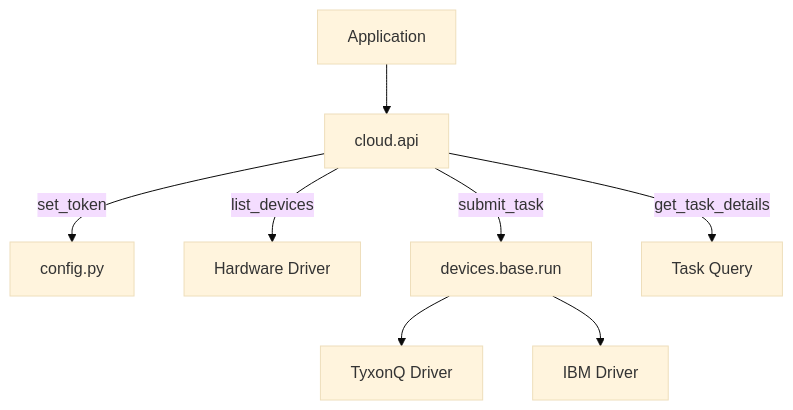
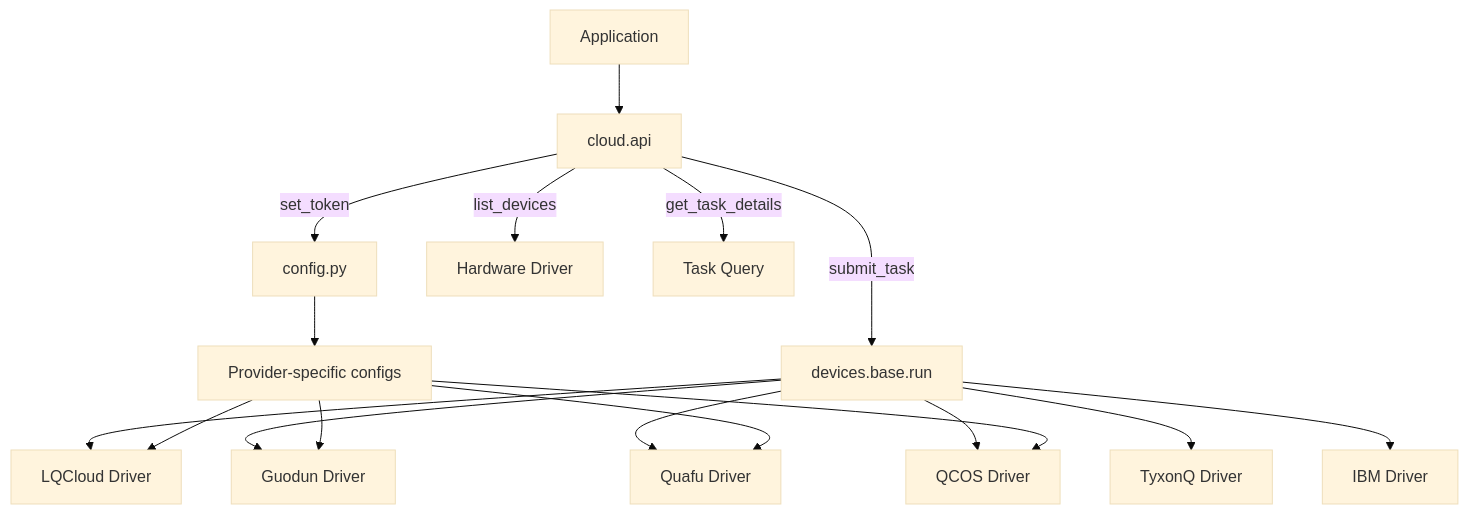
One commit to QureGenAI-Biotech/TyxonQ changed the seventh of 8 diagrams in .qoder/repowiki/en/content/API Reference/Devices API/Hardware Drivers/Hardware Drivers.md. Above: the diagram before and after it, drawn with Mermaid (base theme). The commit also changed other lines of this file and 516 other files, not shown here.

````diff
--- a/.qoder/repowiki/en/content/API Reference/Devices API/Hardware Drivers/Hardware Drivers.md
+++ b/.qoder/repowiki/en/content/API Reference/Devices API/Hardware Drivers/Hardware Drivers.md
@@ -198,10 +279,19 @@
 ```mermaid
 graph TB
 User[Application] --> CloudAPI[cloud.api]
 CloudAPI --> |set_token| Config[config.py]
 CloudAPI --> |list_devices| Driver[Hardware Driver]
 CloudAPI --> |submit_task| Base[devices.base.run]
 Base --> TyxonQ[TyxonQ Driver]
 Base --> IBM[IBM Driver]
+Base --> LQCloud[LQCloud Driver]
+Base --> Guodun[Guodun Driver]
+Base --> Quafu[Quafu Driver]
+Base --> QCOS[QCOS Driver]
 CloudAPI --> |get_task_details| Task[Task Query]
+Config --> Providers[Provider-specific configs]
+Providers --> LQCloud
+Providers --> Guodun
+Providers --> Quafu
+Providers --> QCOS
 ```
````
